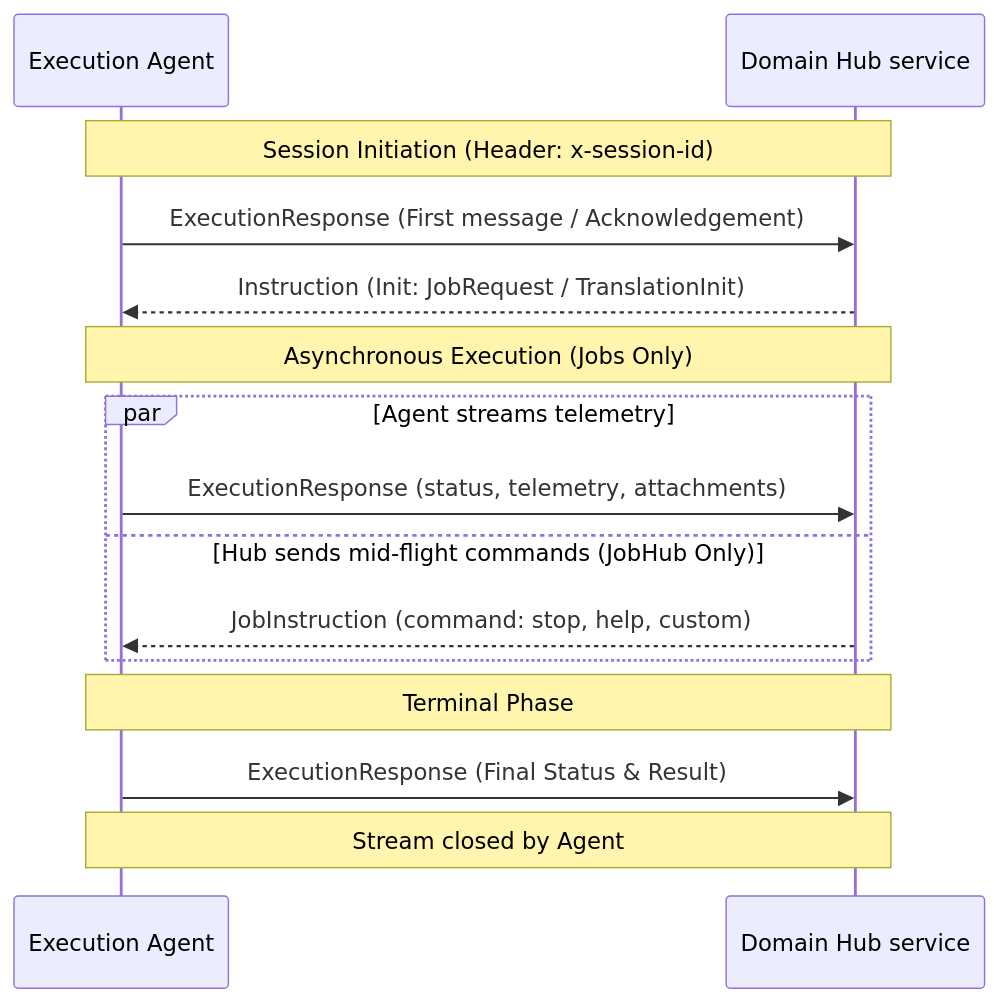
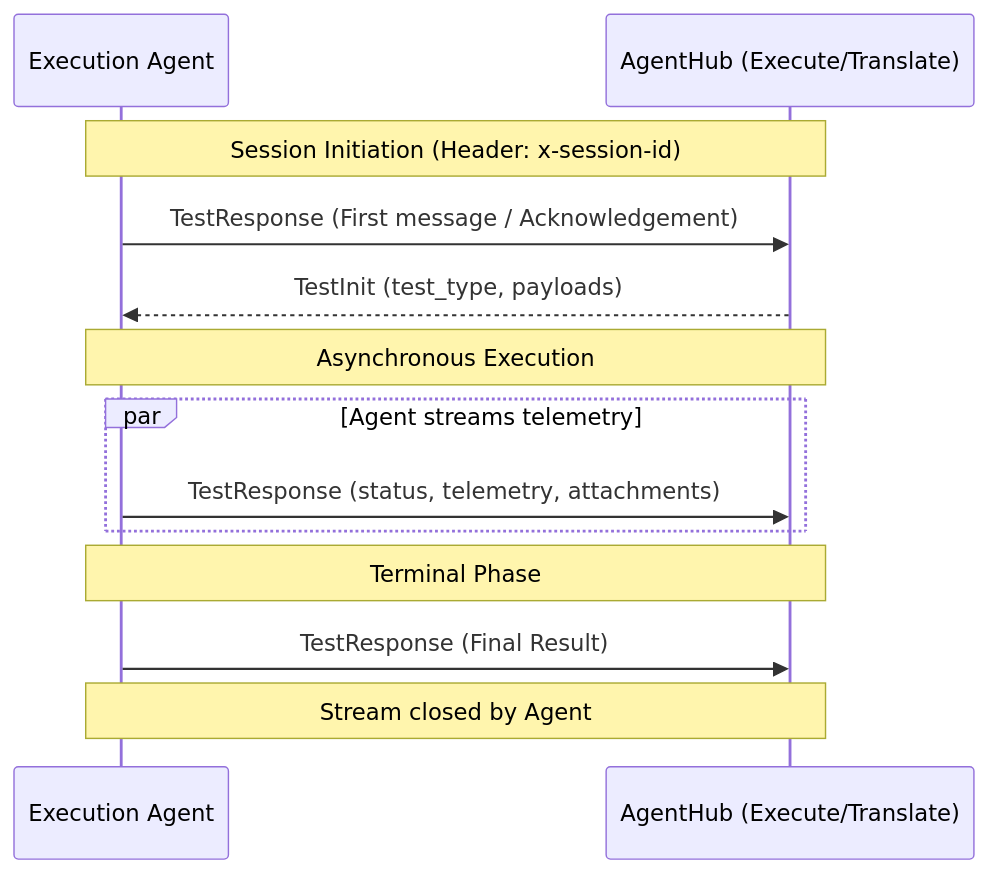
Before and after one commit to HSGamer/TestGenesis: the third of 3 diagrams in specification/PROTOCOL.md, drawn with Mermaid. The commit also changed other lines of this file, not shown here.

Commit message:
docs: update PROTOCOL.md to consolidate execution logic into the AgentHub service and clarify stream-based session management

````diff
--- a/specification/PROTOCOL.md
+++ b/specification/PROTOCOL.md
@@ -78,20 +73,18 @@
 ```mermaid
 sequenceDiagram
     participant A as Execution Agent
-    participant H as Domain Hub service
+    participant H as AgentHub (Execute/Translate)
 
     Note over A,H: Session Initiation (Header: x-session-id)
-    A->>H: ExecutionResponse (First message / Acknowledgement)
-    H-->>A: Instruction (Init: JobRequest / TranslationInit)
+    A->>H: TestResponse (First message / Acknowledgement)
+    H-->>A: TestInit (test_type, payloads)
 
-    Note over A,H: Asynchronous Execution (Jobs Only)
+    Note over A,H: Asynchronous Execution
     par Agent streams telemetry
-        A->>H: ExecutionResponse (status, telemetry, attachments)
-    and Hub sends mid-flight commands (JobHub Only)
-        H-->>A: JobInstruction (command: stop, help, custom)
+        A->>H: TestResponse (status, telemetry, attachments)
     end
 
     Note over A,H: Terminal Phase
-    A->>H: ExecutionResponse (Final Status & Result)
+    A->>H: TestResponse (Final Result)
     Note over A,H: Stream closed by Agent
 ```
````
